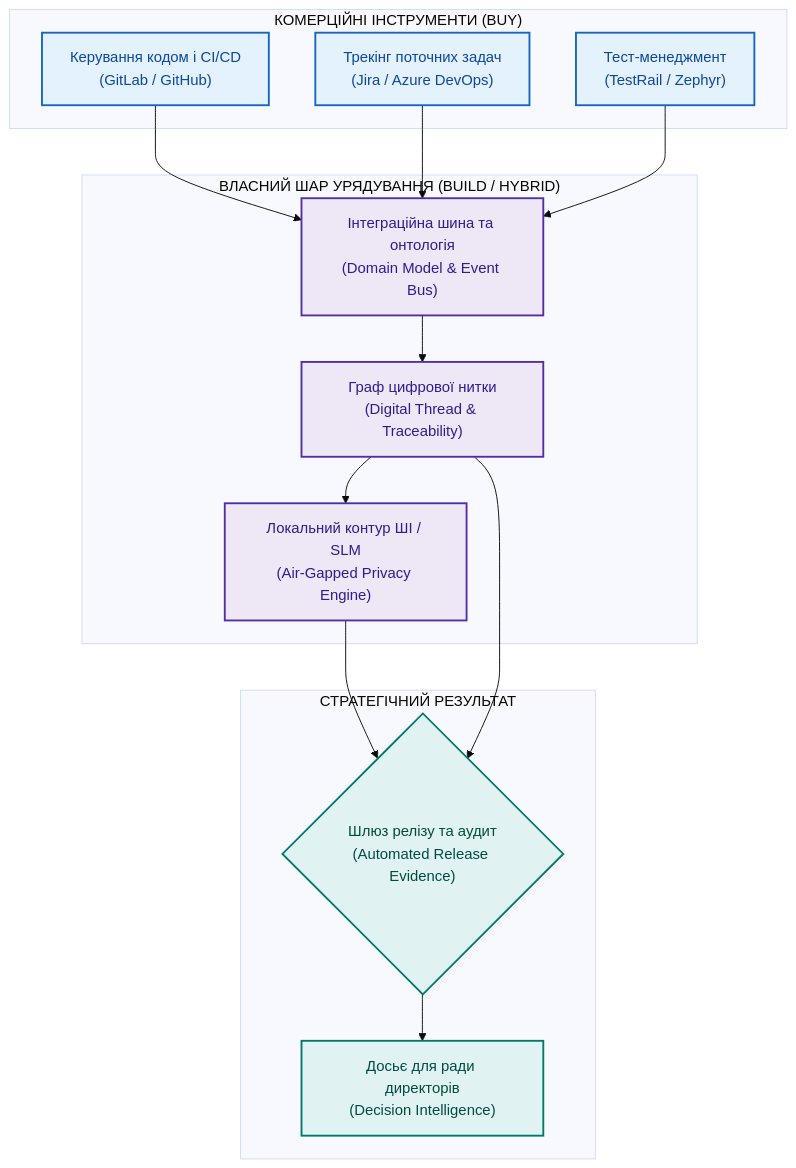
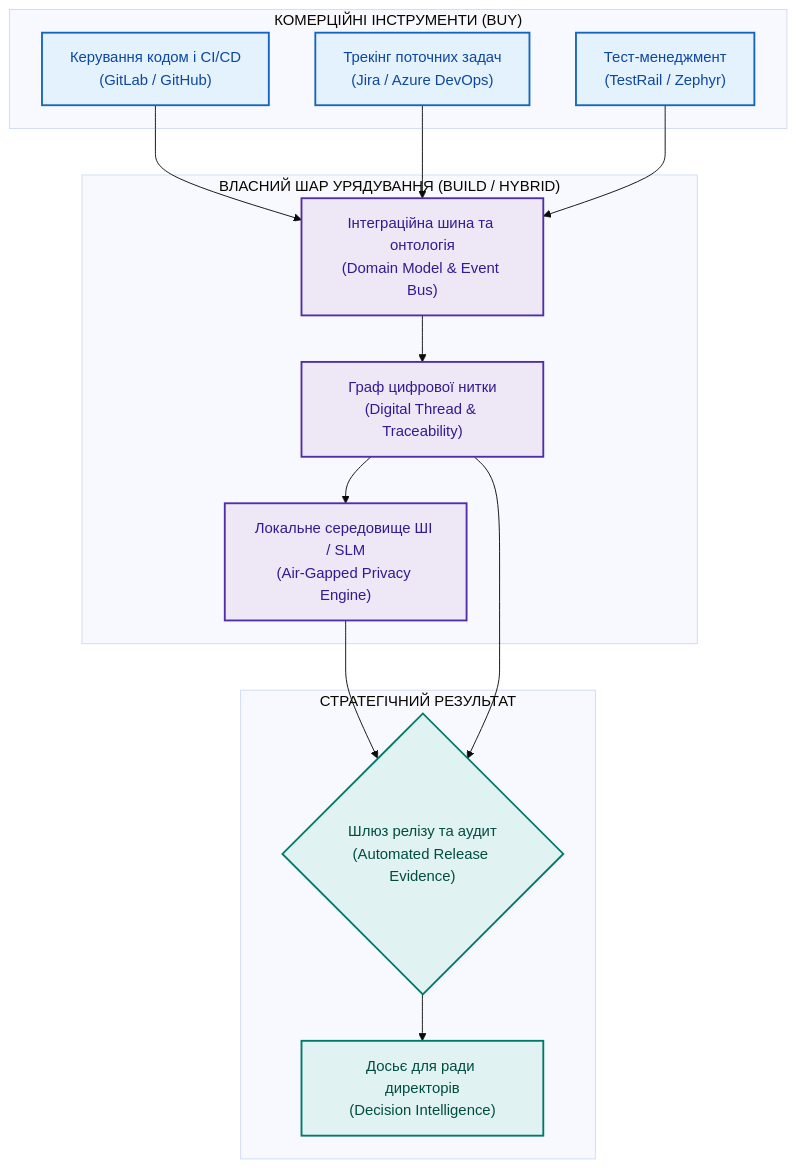
The diagram in Project_Management/DOU-Build-Vs-Buy-Project-Management-Systems-UA.md (nick-fedchik/articles), drawn with Mermaid (base theme) before and after one commit. The commit also changed other lines of this file and 43 other files, not shown here.

````diff
--- a/Project_Management/DOU-Build-Vs-Buy-Project-Management-Systems-UA.md
+++ b/Project_Management/DOU-Build-Vs-Buy-Project-Management-Systems-UA.md
@@ -25,39 +25,39 @@
 ```mermaid
 flowchart TD
     accTitle: Архітектура гібридної платформи управління
     accDescr: Базові комерційні інструменти сполучаються через внутрішній шар онтології та цифрової нитки.
 
     subgraph Commodity["КОМЕРЦІЙНІ ІНСТРУМЕНТИ (BUY)"]
         GIT["Керування кодом і CI/CD<br/>(GitLab / GitHub)"]
         TSK["Трекінг поточних задач<br/>(Jira / Azure DevOps)"]
         TST["Тест-менеджмент<br/>(TestRail / Zephyr)"]
     end
 
     subgraph InternalGlue["ВЛАСНИЙ ШАР УРЯДУВАННЯ (BUILD / HYBRID)"]
         BUS["Інтеграційна шина та онтологія<br/>(Domain Model & Event Bus)"]
         THREAD["Граф цифрової нитки<br/>(Digital Thread & Traceability)"]
-        AI_SEC["Локальний контур ШІ / SLM<br/>(Air-Gapped Privacy Engine)"]
+        AI_SEC["Локальне середовище ШІ / SLM<br/>(Air-Gapped Privacy Engine)"]
     end
 
     subgraph Output["СТРАТЕГІЧНИЙ РЕЗУЛЬТАТ"]
         GATE{"Шлюз релізу та аудит<br/>(Automated Release Evidence)"}
         REP["Досьє для ради директорів<br/>(Decision Intelligence)"]
     end
 
     GIT --> BUS
     TSK --> BUS
     TST --> BUS
     BUS --> THREAD
     THREAD --> AI_SEC
     AI_SEC --> GATE
     THREAD --> GATE
     GATE --> REP
 
     classDef buy fill:#e3f2fd,stroke:#1565c0,stroke-width:2px,color:#0d47a1;
     classDef build fill:#ede7f6,stroke:#512da8,stroke-width:2px,color:#311b92;
     classDef out fill:#e0f2f1,stroke:#00796b,stroke-width:2px,color:#004d40;
 
     class GIT,TSK,TST buy;
     class BUS,THREAD,AI_SEC build;
     class GATE,REP out;
 ```
````
